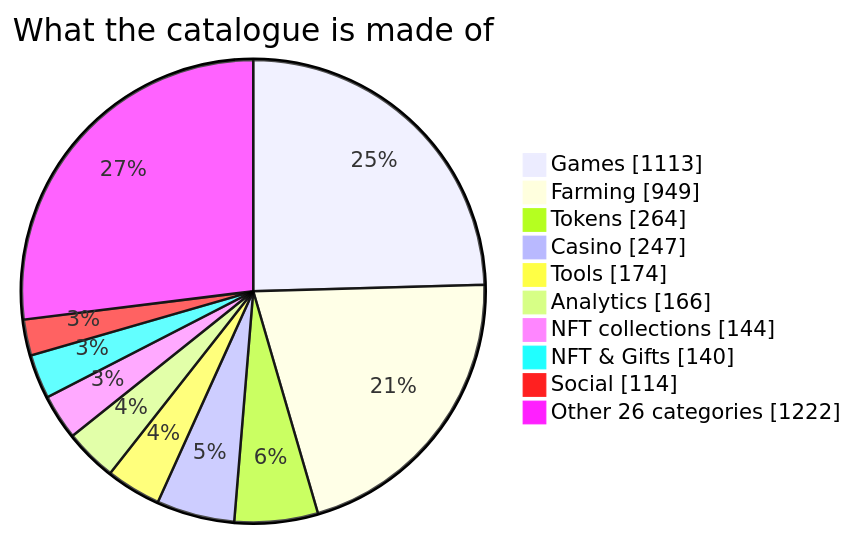
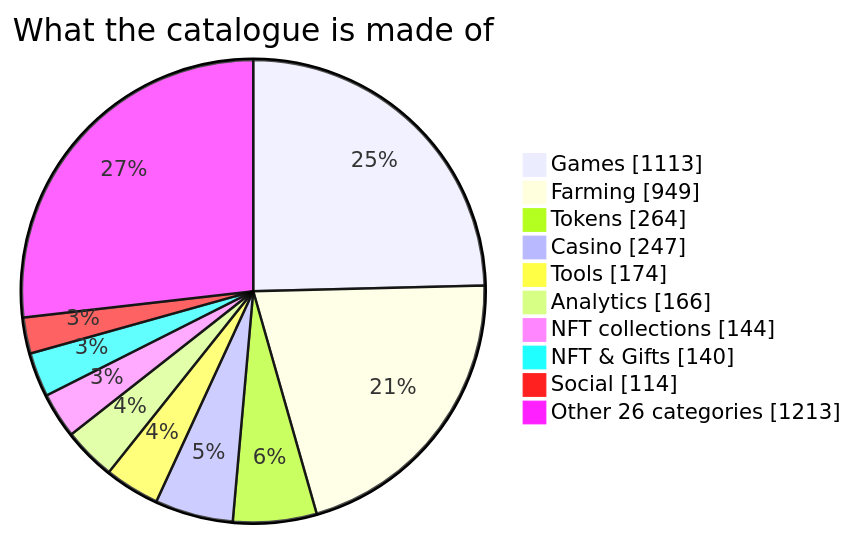
Before and after one commit to vitalikgpt/gram-ecosystem: the first of 4 diagrams in README.md, drawn with Mermaid. The commit also changed other lines of this file and 48 other files, not shown here.

````diff
--- a/README.md
+++ b/README.md
@@ -59,14 +59,14 @@
 ```mermaid
 pie showData
   title What the catalogue is made of
   "Games" : 1113
   "Farming" : 949
   "Tokens" : 264
   "Casino" : 247
   "Tools" : 174
   "Analytics" : 166
   "NFT collections" : 144
   "NFT & Gifts" : 140
   "Social" : 114
-  "Other 26 categories" : 1222
+  "Other 26 categories" : 1213
 ```
````
